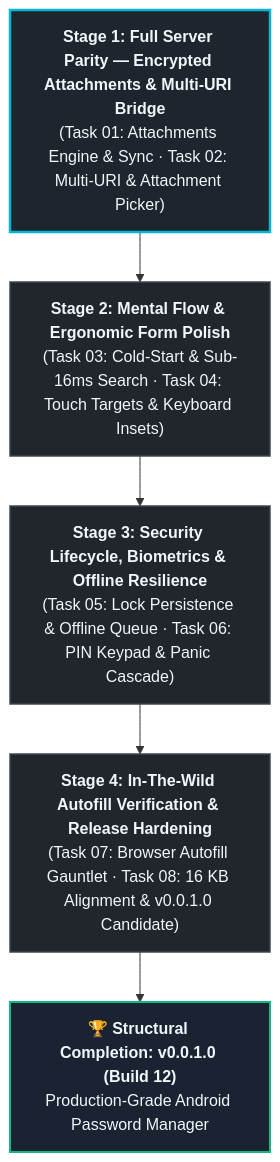
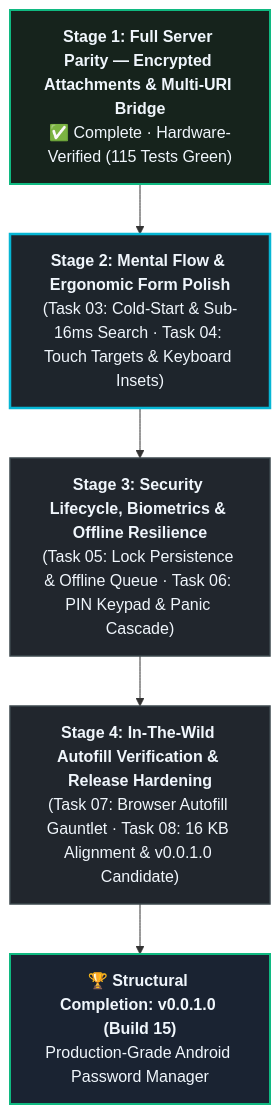
One commit to ClawStackStudios/ShellGuard-Mobile changed the diagram in project/meta-prompt-ai-studio.md. Above: the diagram before and after it, drawn with Mermaid. The commit also changed other lines of this file and 18 other files, not shown here.

````diff
--- a/project/meta-prompt-ai-studio.md
+++ b/project/meta-prompt-ai-studio.md
@@ -16,18 +16,19 @@
 ```mermaid
 flowchart TD
+    classDef stageDone fill:#16231C,stroke:#10B981,stroke-width:2px,color:#F0F6FC;
     classDef stageActive fill:#1E252C,stroke:#06B6D4,stroke-width:2.5px,color:#F0F6FC;
     classDef stageNext fill:#21262D,stroke:#3D484E,stroke-width:1.5px,color:#F0F6FC;
     classDef targetMilestone fill:#1A2332,stroke:#10B981,stroke-width:2px,color:#F0F6FC;
 
-    S1["<b>Stage 1: Full Server Parity — Encrypted Attachments & Multi-URI Bridge</b><br/>(Task 01: Attachments Engine & Sync · Task 02: Multi-URI & Attachment Picker)"]:::stageActive
+    S1["<b>Stage 1: Full Server Parity — Encrypted Attachments & Multi-URI Bridge</b><br/>✅ Complete · Hardware-Verified (115 Tests Green)"]:::stageDone
 
-    S2["<b>Stage 2: Mental Flow & Ergonomic Form Polish</b><br/>(Task 03: Cold-Start & Sub-16ms Search · Task 04: Touch Targets & Keyboard Insets)"]:::stageNext
+    S2["<b>Stage 2: Mental Flow & Ergonomic Form Polish</b><br/>(Task 03: Cold-Start & Sub-16ms Search · Task 04: Touch Targets & Keyboard Insets)"]:::stageActive
 
     S3["<b>Stage 3: Security Lifecycle, Biometrics & Offline Resilience</b><br/>(Task 05: Lock Persistence & Offline Queue · Task 06: PIN Keypad & Panic Cascade)"]:::stageNext
 
     S4["<b>Stage 4: In-The-Wild Autofill Verification & Release Hardening</b><br/>(Task 07: Browser Autofill Gauntlet · Task 08: 16 KB Alignment & v0.0.1.0 Candidate)"]:::stageNext
 
-    M1["<b>🏆 Structural Completion: v0.0.1.0 (Build 12)</b><br/>Production-Grade Android Password Manager"]:::targetMilestone
+    M1["<b>🏆 Structural Completion: v0.0.1.0 (Build 15)</b><br/>Production-Grade Android Password Manager"]:::targetMilestone
 
     S1 --> S2 --> S3 --> S4 --> M1
 ```
````
